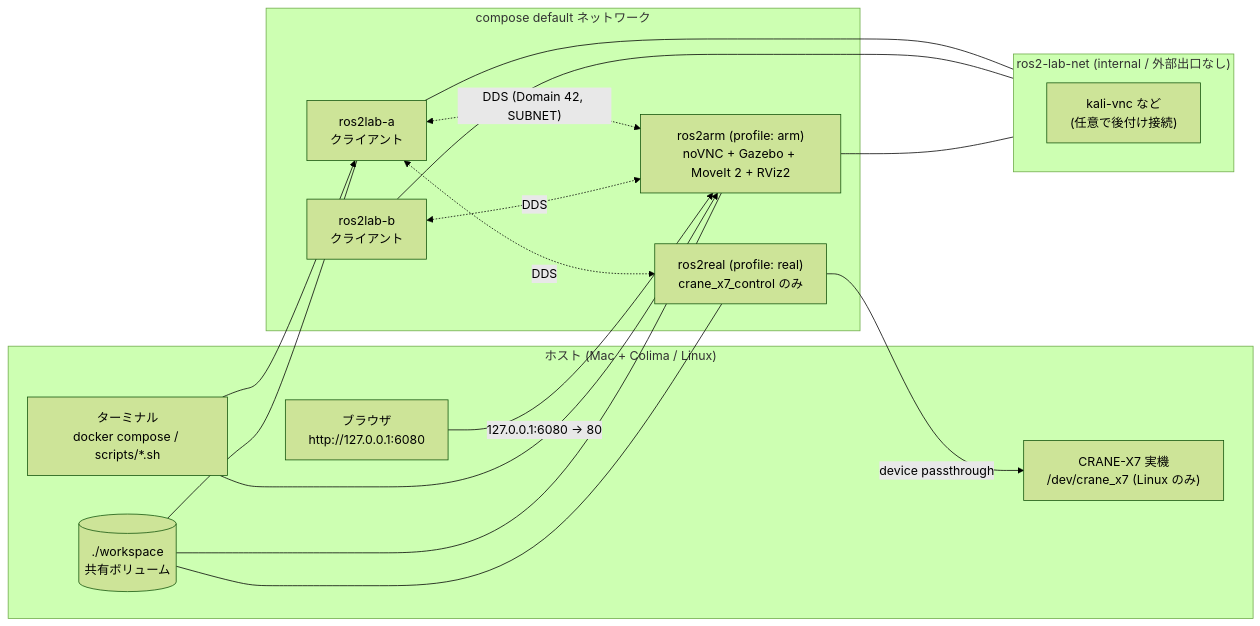
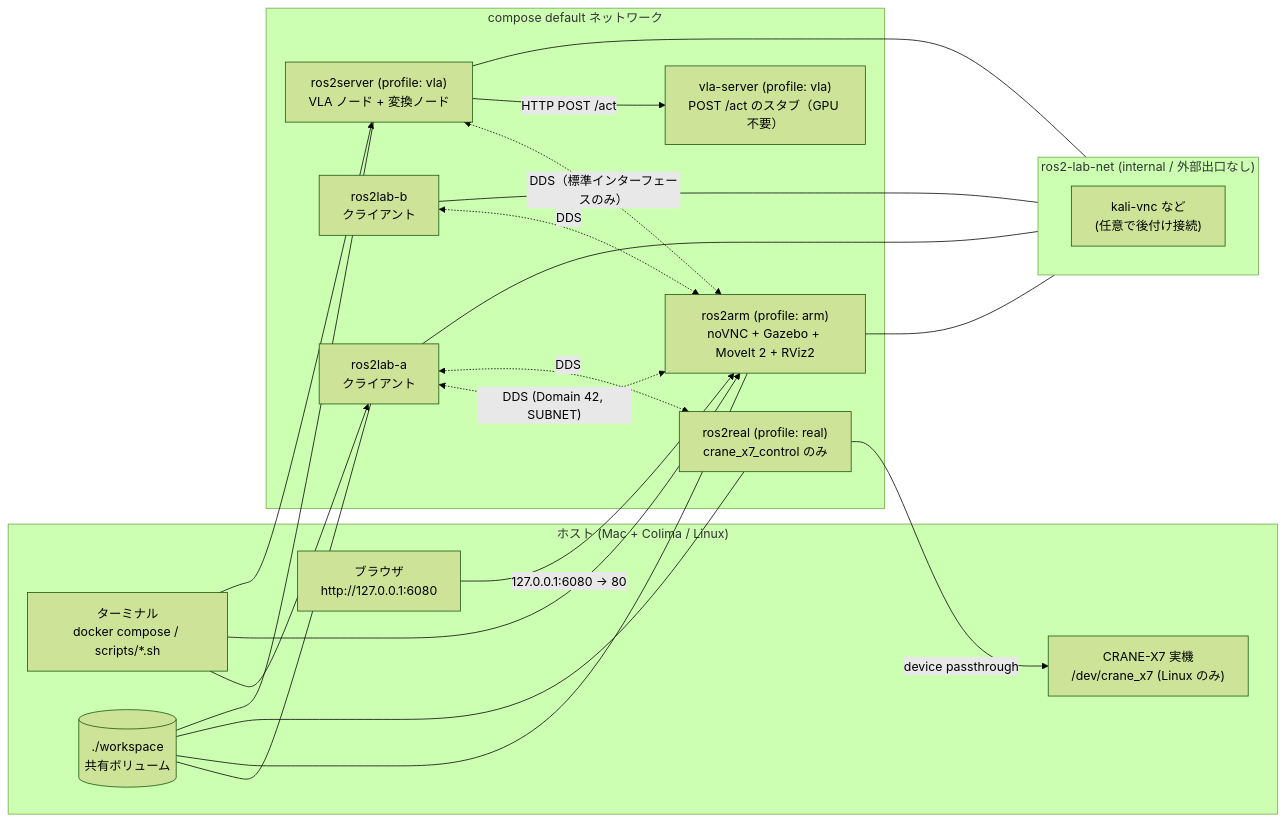
Before and after one commit to tori-create-7991/ros2-poc: the first of 2 diagrams in docs/arm-sim-architecture.md, drawn with Mermaid (forest theme). The commit also changed other lines of this file and 3 other files, not shown here.

First line of the commit message:
docs: OpenVLA 連携（ros2server / vla-server / run-vla.sh）の手順・契約・安全・未検証事項と実測結果を追加する

````diff
--- a/docs/arm-sim-architecture.md
+++ b/docs/arm-sim-architecture.md
@@ -102,34 +102,41 @@
 ```mermaid
 flowchart LR
   subgraph HOST["ホスト (Mac + Colima / Linux)"]
     BROWSER["ブラウザ<br/>http://127.0.0.1:6080"]
     TERM["ターミナル<br/>docker compose / scripts/*.sh"]
     WS[("./workspace<br/>共有ボリューム")]
     USB["CRANE-X7 実機<br/>/dev/crane_x7 (Linux のみ)"]
   end
 
   subgraph DEF["compose default ネットワーク"]
     LAB_A["ros2lab-a<br/>クライアント"]
     LAB_B["ros2lab-b<br/>クライアント"]
     ARM["ros2arm (profile: arm)<br/>noVNC + Gazebo + MoveIt 2 + RViz2"]
     REAL["ros2real (profile: real)<br/>crane_x7_control のみ"]
+    SERVER["ros2server (profile: vla)<br/>VLA ノード + 変換ノード"]
+    VLA["vla-server (profile: vla)<br/>POST /act のスタブ（GPU 不要）"]
   end
 
   subgraph LABNET["ros2-lab-net (internal / 外部出口なし)"]
     KALI["kali-vnc など<br/>(任意で後付け接続)"]
   end
 
   BROWSER -- "127.0.0.1:6080 → 80" --> ARM
   TERM --> LAB_A
   TERM --> ARM
   LAB_A <-. "DDS (Domain 42, SUBNET)" .-> ARM
   LAB_B <-. DDS .-> ARM
   LAB_A <-. DDS .-> REAL
+  SERVER <-. "DDS（標準インターフェースのみ）" .-> ARM
+  SERVER -- "HTTP POST /act" --> VLA
+  TERM --> SERVER
   LAB_A --- LABNET
   LAB_B --- LABNET
   ARM --- LABNET
+  SERVER --- LABNET
   REAL -- "device passthrough" --> USB
   WS --- LAB_A
   WS --- ARM
   WS --- REAL
+  WS --- SERVER
 ```
````
